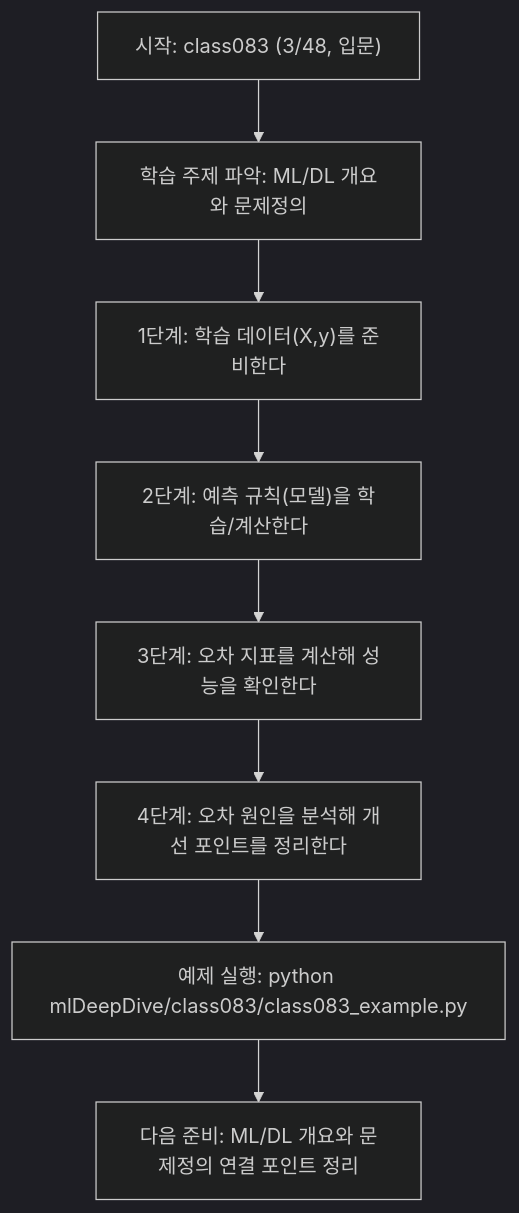
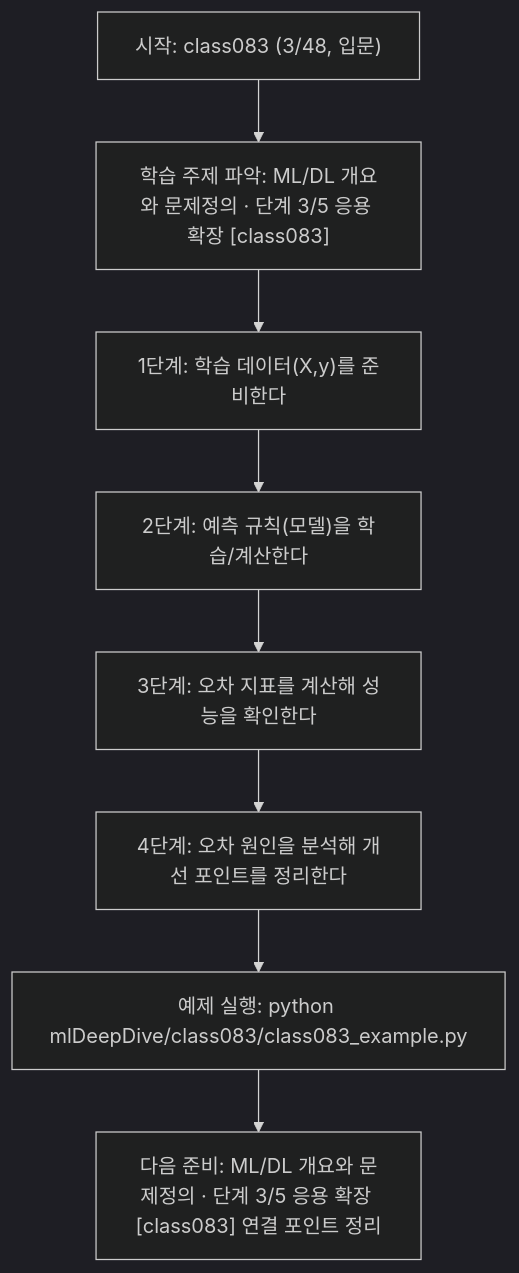
Before and after one commit to edumgt/Python-AI_Agent-Class: the diagram in mlDeepDive/class083/class083.md, drawn with Mermaid (dark theme). The commit also changed other lines of this file and 522 other files, not shown here.

````diff
--- a/mlDeepDive/class083/class083.md
+++ b/mlDeepDive/class083/class083.md
@@ -110,18 +111,18 @@
 ```mermaid
 flowchart TD
 N1["시작: class083 (3/48, 입문)"]
-N2["학습 주제 파악: ML/DL 개요와 문제정의"]
+N2["학습 주제 파악: ML/DL 개요와 문제정의 · 단계 3/5 응용 확장 [class083]"]
 N3["1단계: 학습 데이터(X,y)를 준비한다"]
 N4["2단계: 예측 규칙(모델)을 학습/계산한다"]
 N5["3단계: 오차 지표를 계산해 성능을 확인한다"]
 N6["4단계: 오차 원인을 분석해 개선 포인트를 정리한다"]
 N7["예제 실행: python mlDeepDive/class083/class083_example.py"]
-N8["다음 준비: ML/DL 개요와 문제정의 연결 포인트 정리"]
+N8["다음 준비: ML/DL 개요와 문제정의 · 단계 3/5 응용 확장 [class083] 연결 포인트 정리"]
 N1 --> N2
 N2 --> N3
 N3 --> N4
 N4 --> N5
 N5 --> N6
 N6 --> N7
 N7 --> N8
 ```
````
